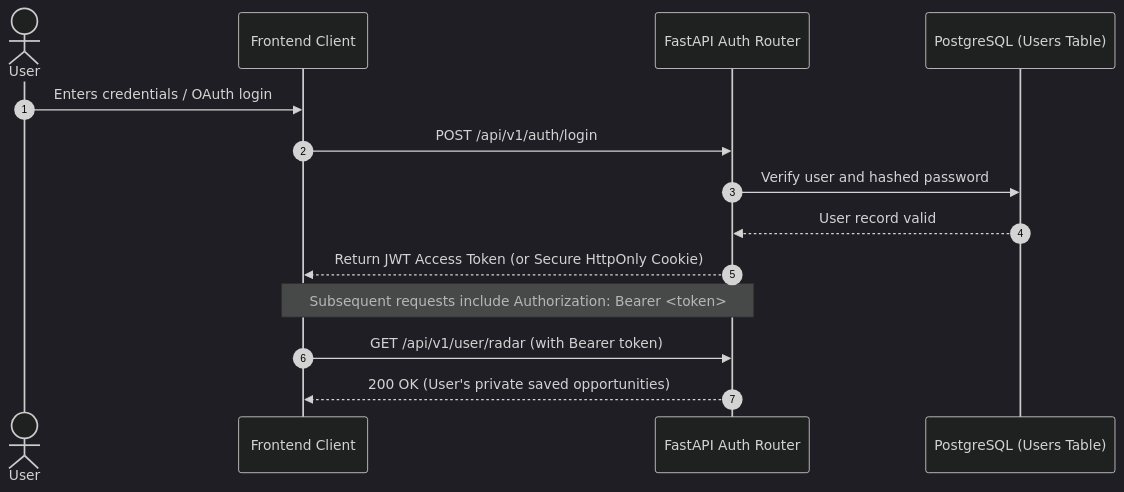
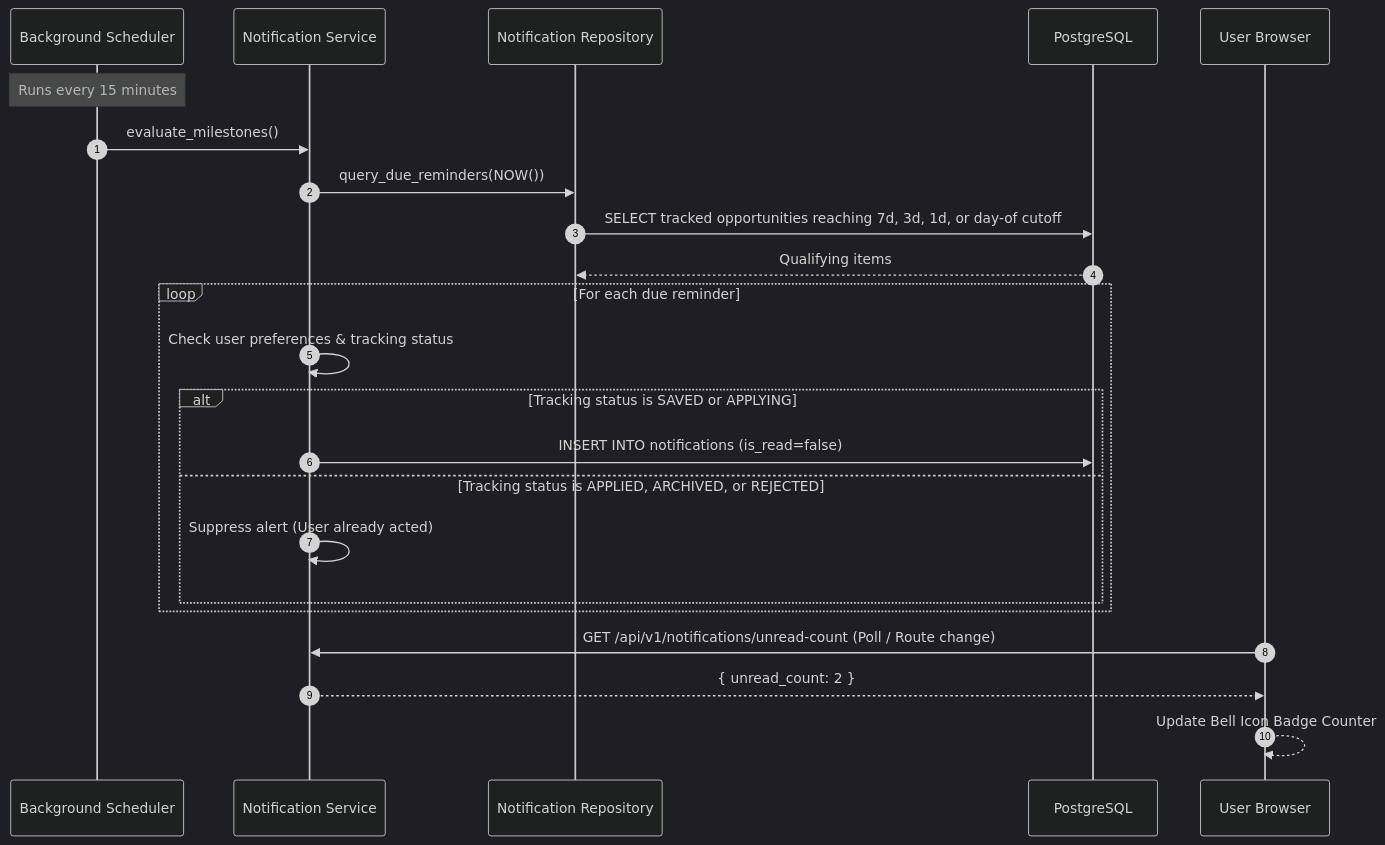
Before and after one commit to Kunal-net/deadline-radar: the seventh of 8 diagrams in docs/architecture.md, drawn with Mermaid (dark theme). The commit also changed other lines of this file and 1 other file, not shown here.

Commit message:
docs: expand architecture documentation with core principles, technology stack evaluations, and system diagrams

````diff
--- a/docs/architecture.md
+++ b/docs/architecture.md
@@ -178,17 +599,26 @@
 ```mermaid
 sequenceDiagram
     autonumber
-    actor User
-    participant Web as Frontend Client
-    participant Auth as FastAPI Auth Router
-    participant DB as PostgreSQL (Users Table)
+    participant Worker as Background Scheduler
+    participant NotifSvc as Notification Service
+    participant Repo as Notification Repository
+    participant DB as PostgreSQL
+    participant Client as User Browser
 
-    User->>Web: Enters credentials / OAuth login
-    Web->>Auth: POST /api/v1/auth/login
-    Auth->>DB: Verify user and hashed password
-    DB-->>Auth: User record valid
-    Auth-->>Web: Return JWT Access Token (or Secure HttpOnly Cookie)
-    Note over Web,Auth: Subsequent requests include Authorization: Bearer <token>
-    Web->>Auth: GET /api/v1/user/radar (with Bearer token)
-    Auth-->>Web: 200 OK (User's private saved opportunities)
+    Note over Worker: Runs every 15 minutes
+    Worker->>NotifSvc: evaluate_milestones()
+    NotifSvc->>Repo: query_due_reminders(NOW())
+    Repo->>DB: SELECT tracked opportunities reaching 7d, 3d, 1d, or day-of cutoff
+    DB-->>Repo: Qualifying items
+    loop For each due reminder
+        NotifSvc->>NotifSvc: Check user preferences & tracking status
+        alt Tracking status is SAVED or APPLYING
+            NotifSvc->>DB: INSERT INTO notifications (is_read=false)
+        else Tracking status is APPLIED, ARCHIVED, or REJECTED
+            NotifSvc->>NotifSvc: Suppress alert (User already acted)
+        end
+    end
+    Client->>NotifSvc: GET /api/v1/notifications/unread-count (Poll / Route change)
+    NotifSvc-->>Client: { unread_count: 2 }
+    Client-->>Client: Update Bell Icon Badge Counter
 ```
````
